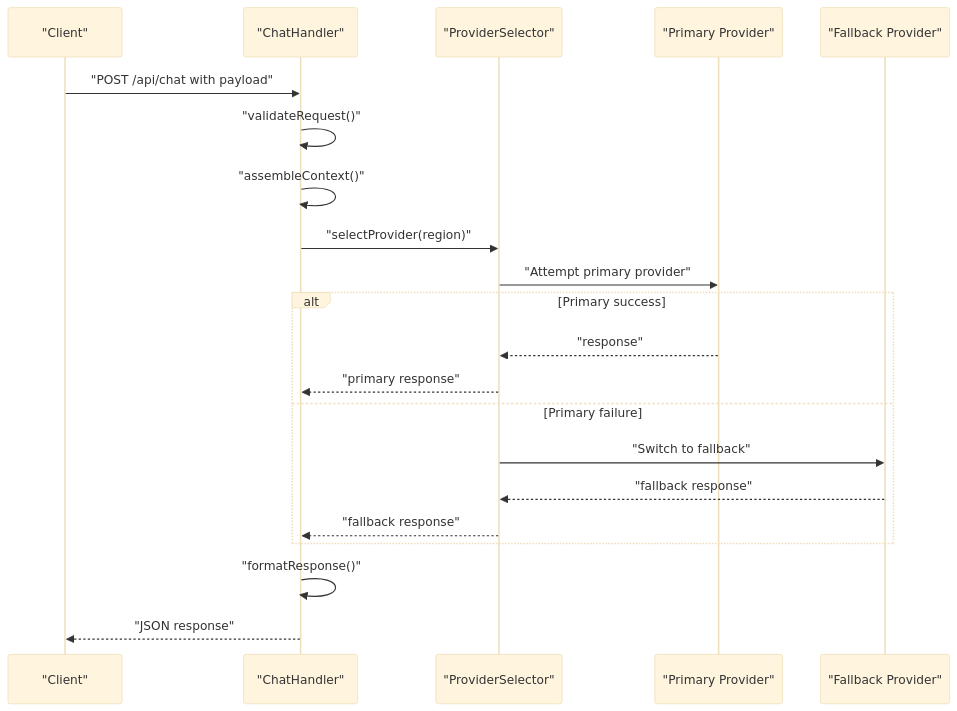
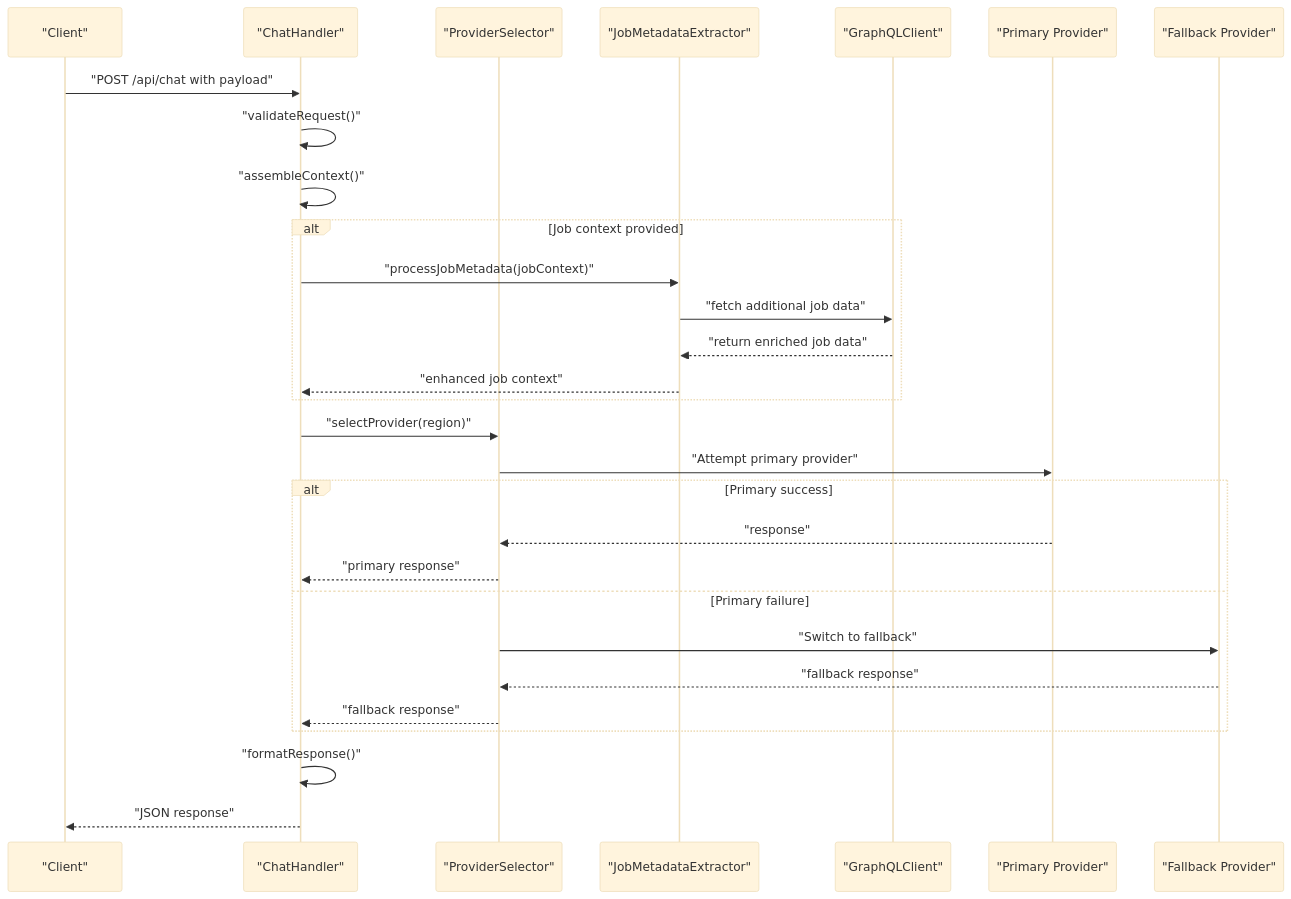
The fourth of 8 diagrams in .qoder/repowiki/en/content/API Reference/Chat API.md (zmyeo54/briefroom), drawn with Mermaid (base theme) before and after one commit. The commit also changed other lines of this file and 16 other files, not shown here.

First line of the commit message:
feat(api): enhance job metadata integration and error handling

````diff
--- a/.qoder/repowiki/en/content/API Reference/Chat API.md
+++ b/.qoder/repowiki/en/content/API Reference/Chat API.md
@@ -207,23 +263,31 @@
 ```mermaid
 sequenceDiagram
 participant Client as "Client"
 participant Handler as "ChatHandler"
 participant Selector as "ProviderSelector"
+participant JME as "JobMetadataExtractor"
+participant GQL as "GraphQLClient"
 participant Primary as "Primary Provider"
 participant Fallback as "Fallback Provider"
 Client->>Handler : "POST /api/chat with payload"
 Handler->>Handler : "validateRequest()"
 Handler->>Handler : "assembleContext()"
+alt Job context provided
+Handler->>JME : "processJobMetadata(jobContext)"
+JME->>GQL : "fetch additional job data"
+GQL-->>JME : "return enriched job data"
+JME-->>Handler : "enhanced job context"
+end
 Handler->>Selector : "selectProvider(region)"
 Selector->>Primary : "Attempt primary provider"
 alt Primary success
 Primary-->>Selector : "response"
 Selector-->>Handler : "primary response"
 else Primary failure
 Selector->>Fallback : "Switch to fallback"
 Fallback-->>Selector : "fallback response"
 Selector-->>Handler : "fallback response"
 end
 Handler->>Handler : "formatResponse()"
 Handler-->>Client : "JSON response"
 ```
````
